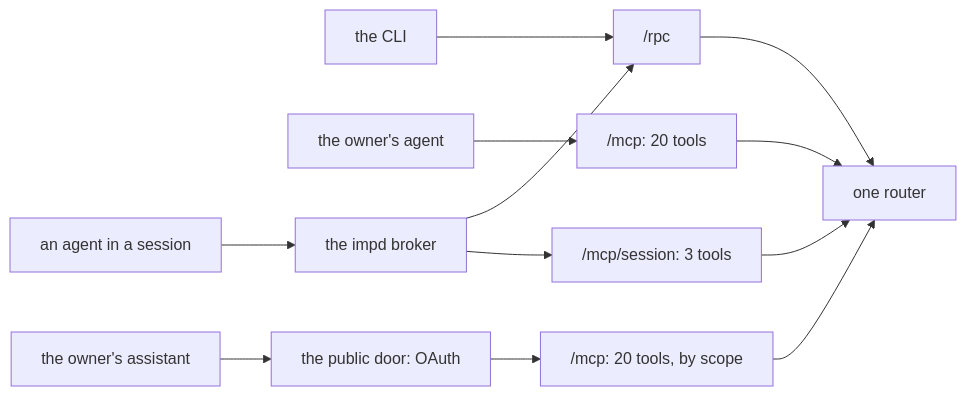
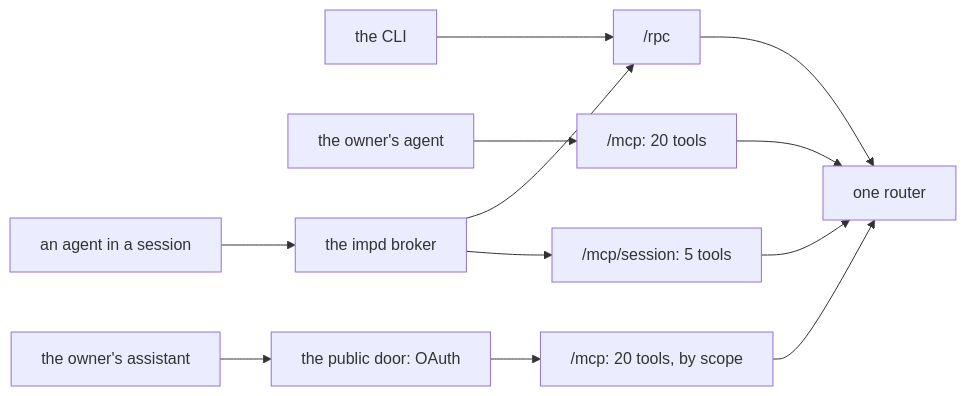
Before and after one commit to zgeoff/boxxy: the diagram in docs/design/boxxy/v1-api-and-auth.md, drawn with Mermaid. The commit also changed other lines of this file and 24 other files, not shown here.

````diff
--- a/docs/design/boxxy/v1-api-and-auth.md
+++ b/docs/design/boxxy/v1-api-and-auth.md
@@ -7,13 +7,13 @@
 ```mermaid
 flowchart LR
   cli[the CLI] --> rpc["/rpc"]
   owner[the owner's agent] --> mcp["/mcp: 20 tools"]
   remote[the owner's assistant] --> oauth[the public door: OAuth] --> pmcp["/mcp: 20 tools, by scope"]
   session[an agent in a session] --> broker[the impd broker]
   broker --> rpc
-  broker --> smcp["/mcp/session: 3 tools"]
+  broker --> smcp["/mcp/session: 5 tools"]
   rpc --> router[one router]
   mcp --> router
   pmcp --> router
   smcp --> router
 ```
````
